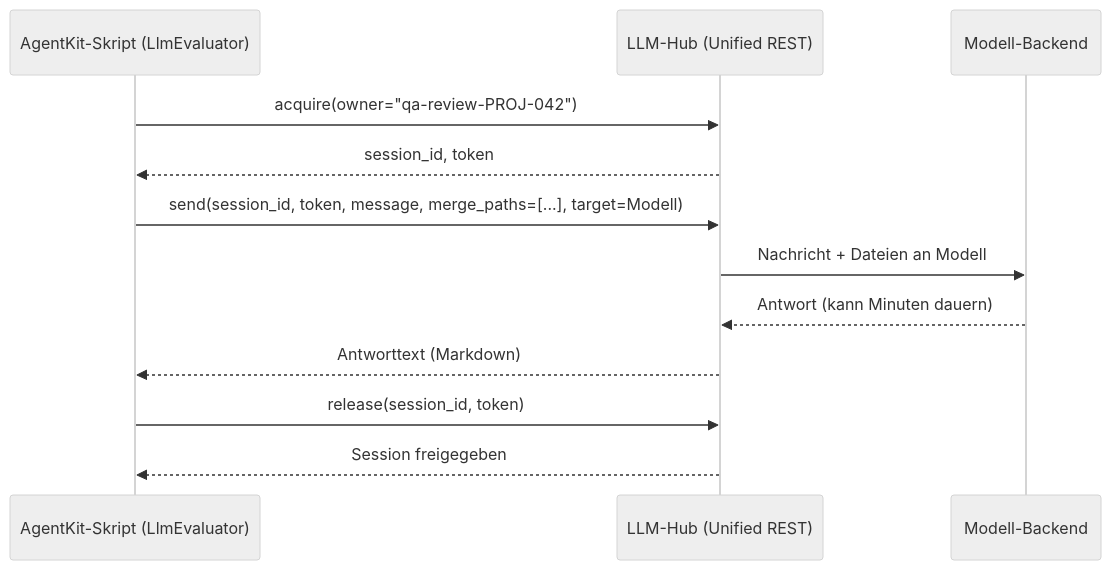
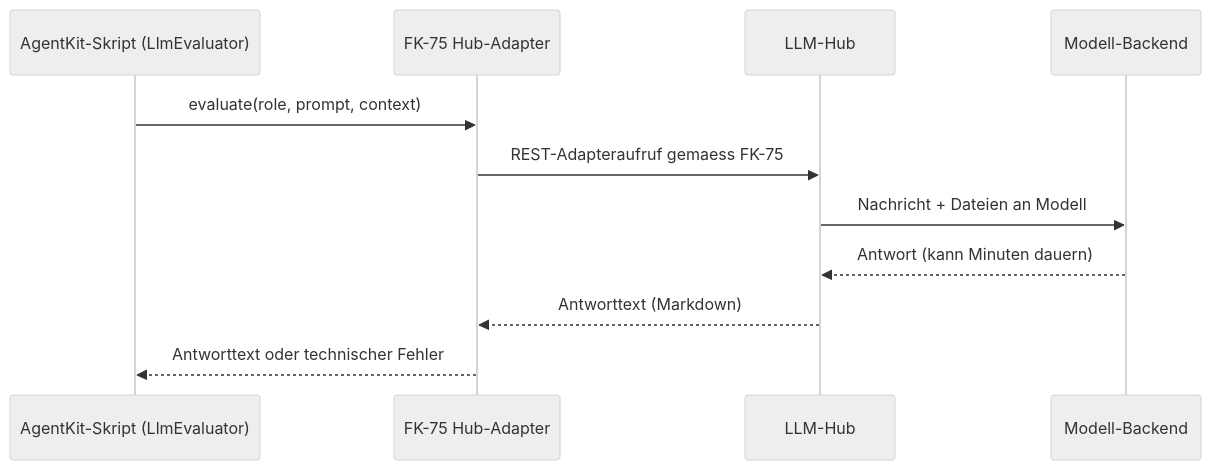
The first of 2 diagrams in concept/technical-design/11_llm_provider_browser_pools_prompt_execution.md (saltenhof/claude-agentkit3), drawn with Mermaid (neutral theme) before and after one commit. The commit also changed other lines of this file and 16 other files, not shown here.

Commit message:
Clarify LLM hub ownership and REST access

````diff
--- a/concept/technical-design/11_llm_provider_browser_pools_prompt_execution.md
+++ b/concept/technical-design/11_llm_provider_browser_pools_prompt_execution.md
@@ -152,17 +146,14 @@
 ```mermaid
 sequenceDiagram
     participant S as AgentKit-Skript (LlmEvaluator)
-    participant H as LLM-Hub (Unified REST)
+    participant A as FK-75 Hub-Adapter
+    participant H as LLM-Hub
     participant L as Modell-Backend
 
-    S->>H: acquire(owner="qa-review-PROJ-042")
-    H-->>S: session_id, token
-
-    S->>H: send(session_id, token, message, merge_paths=[...], target=Modell)
+    S->>A: evaluate(role, prompt, context)
+    A->>H: REST-Adapteraufruf gemaess FK-75
     H->>L: Nachricht + Dateien an Modell
     L-->>H: Antwort (kann Minuten dauern)
-    H-->>S: Antworttext (Markdown)
-
-    S->>H: release(session_id, token)
-    H-->>S: Session freigegeben
+    H-->>A: Antworttext (Markdown)
+    A-->>S: Antworttext oder technischer Fehler
 ```
````
